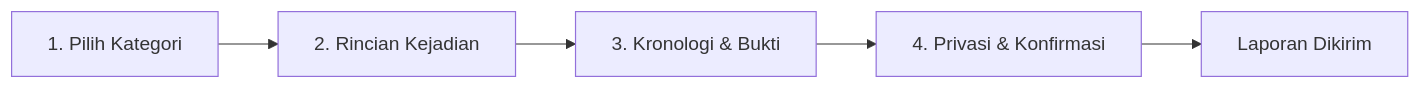
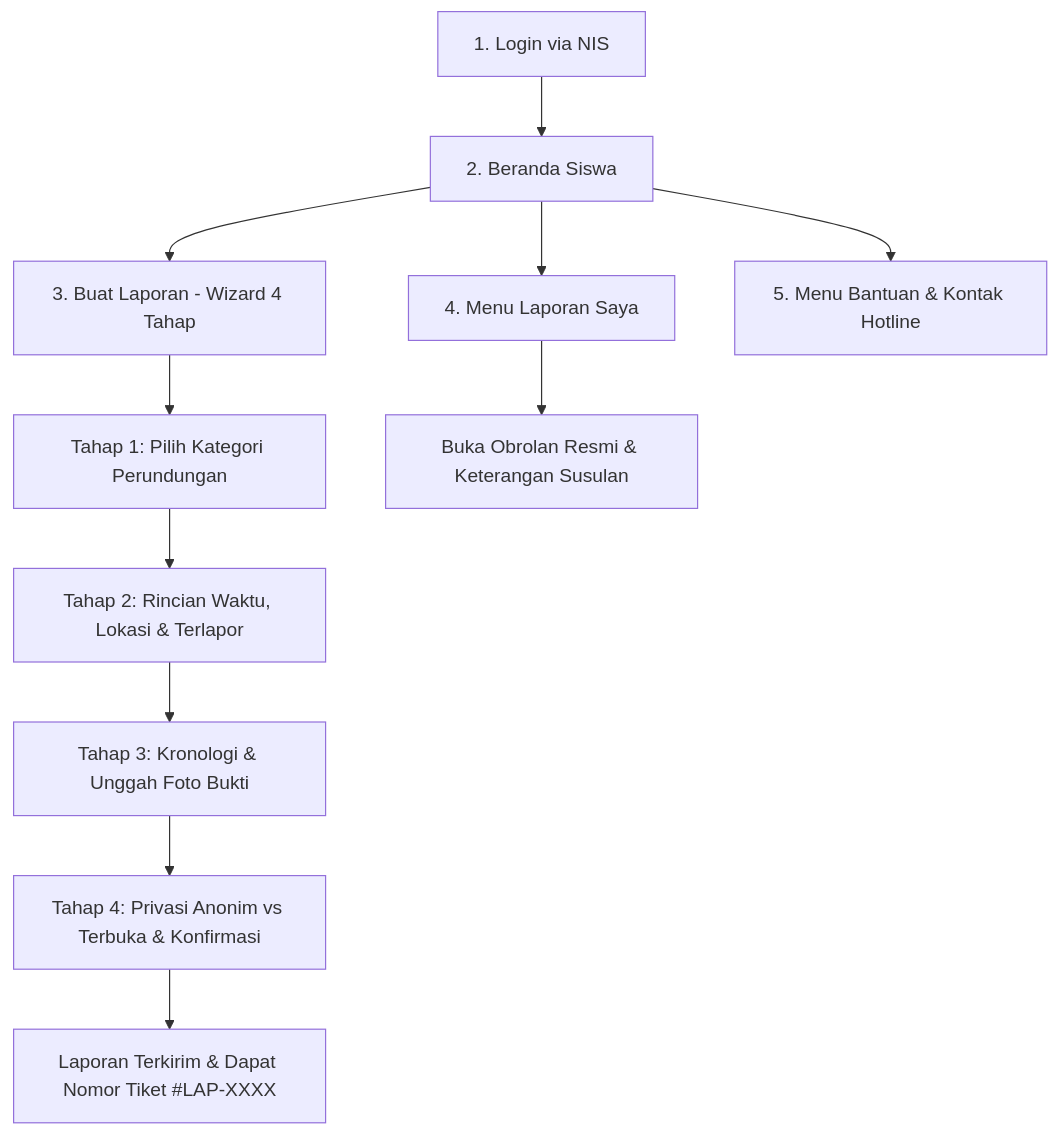
The fourth of 5 diagrams in docs/ebook-panduan-pengguna-siperka.md (MuRaaihan/projectpkm), drawn with Mermaid before and after one commit. The commit also changed other lines of this file, not shown here.

````diff
--- a/docs/ebook-panduan-pengguna-siperka.md
+++ b/docs/ebook-panduan-pengguna-siperka.md
@@ -170,7 +478,13 @@
 ```mermaid
-flowchart LR
-    Step1[1. Pilih Kategori] --> Step2[2. Rincian Kejadian]
-    Step2 --> Step3[3. Kronologi & Bukti]
-    Step3 --> Step4[4. Privasi & Konfirmasi]
-    Step4 --> Submit[Laporan Dikirim]
+flowchart TD
+    LoginSiswa[1. Login via NIS] --> DashSiswa[2. Beranda Siswa]
+    DashSiswa --> FormLapor[3. Buat Laporan - Wizard 4 Tahap]
+    FormLapor --> T1[Tahap 1: Pilih Kategori Perundungan]
+    T1 --> T2[Tahap 2: Rincian Waktu, Lokasi & Terlapor]
+    T2 --> T3[Tahap 3: Kronologi & Unggah Foto Bukti]
+    T3 --> T4[Tahap 4: Privasi Anonim vs Terbuka & Konfirmasi]
+    T4 --> Sukses[Laporan Terkirim & Dapat Nomor Tiket #LAP-XXXX]
+    DashSiswa --> Pantau[4. Menu Laporan Saya]
+    Pantau --> Chat[Buka Obrolan Resmi & Keterangan Susulan]
+    DashSiswa --> Bantuan[5. Menu Bantuan & Kontak Hotline]
 ```
````
